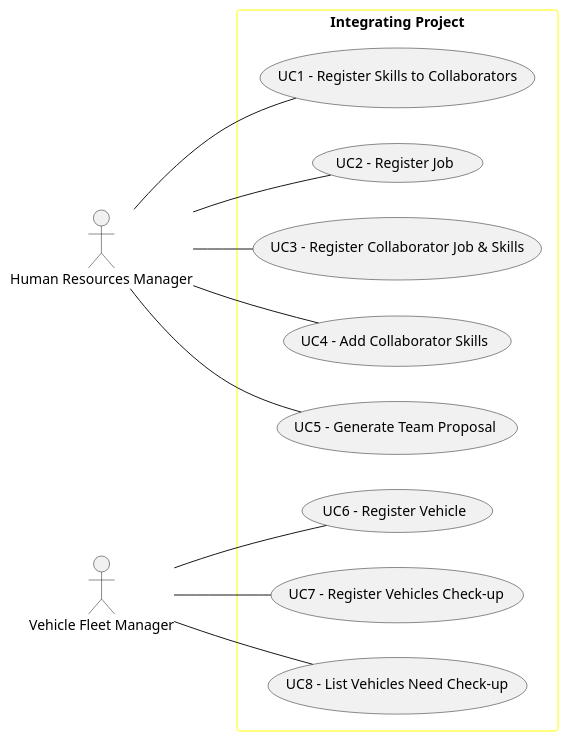
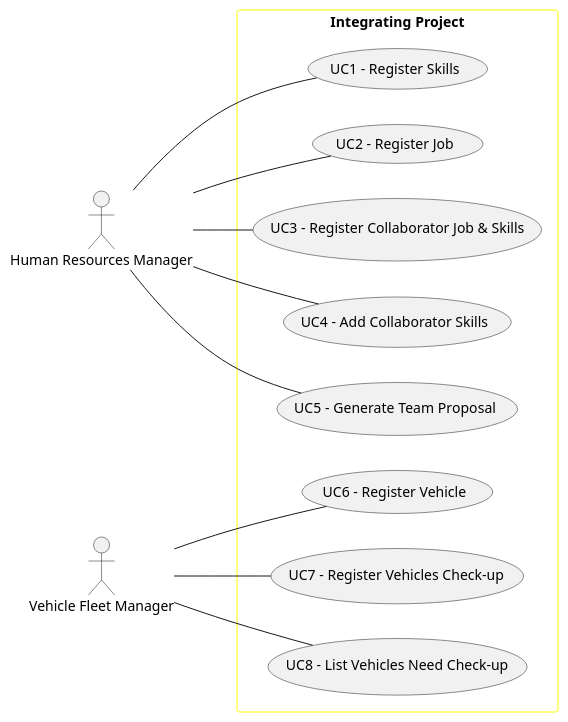
Before and after one commit to 1231360-ISEP/lei-24-s2-1db-g021: the diagram in docs/sprint2/global-artifacts/01.requirements-engineering/puml/use-case-diagram.puml, drawn with PlantUML. The commit also changed 3 other files, not shown here.

Commit message:
Update US01 - Sequence Diagrams Split and SVG. Update Use Case Diagram.

```diff
--- a/docs/sprint2/global-artifacts/01.requirements-engineering/puml/use-case-diagram.puml
+++ b/docs/sprint2/global-artifacts/01.requirements-engineering/puml/use-case-diagram.puml
@@ -1,35 +1,35 @@
 @startuml
 'skinparam monochrome true
 skinparam packageStyle rectangle
 'skinparam shadowing false
 
 skinparam rectangle{
     BorderColor yellow
 }
 
 'title Use Case Diagram Example
 actor "Human Resources Manager" as HRM
 actor  "Vehicle Fleet Manager" as VFM
 left to right direction
 
 rectangle "Integrating Project" as actors {
-        usecase "UC1 - Register Skills to Collaborators" as UC1
+        usecase "UC1 - Register Skills" as UC1
         HRM -- UC1
         usecase "UC2 - Register Job" as UC2
         HRM -- UC2
         usecase "UC3 - Register Collaborator Job & Skills" as UC3
         HRM -- UC3
         usecase "UC4 - Add Collaborator Skills" as UC4
         HRM -- UC4
         usecase "UC5 - Generate Team Proposal" as UC5
         HRM -- UC5
         usecase "UC6 - Register Vehicle" as UC6
         VFM -- UC6
         usecase "UC7 - Register Vehicles Check-up" as UC7
         VFM -- UC7
         usecase "UC8 - List Vehicles Need Check-up" as UC8
         VFM -- UC8
 }
 
 
 @enduml
```
